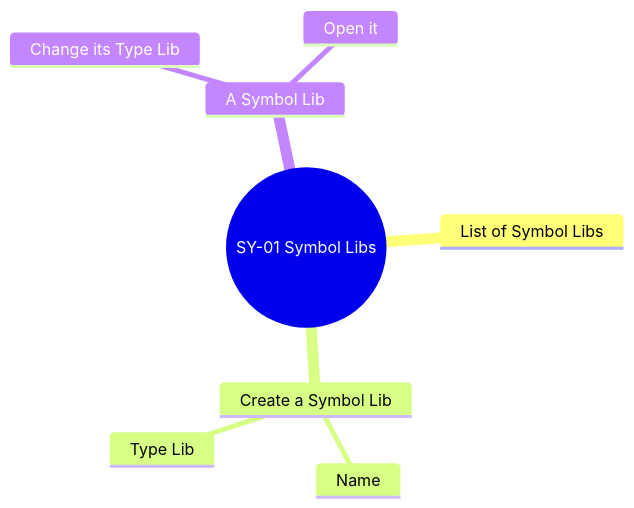
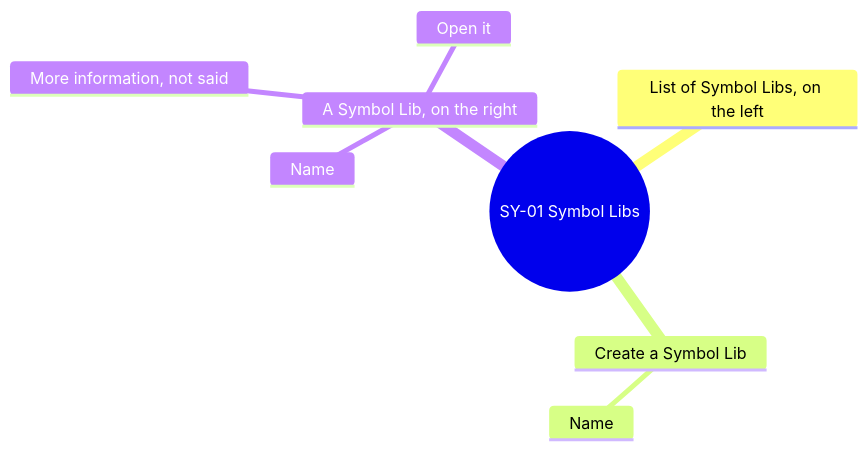
The first of 13 diagrams in screens/symbols.md (AlexandreGallais/synoptic-studio-spec), drawn with Mermaid before and after one commit. The commit also changed other lines of this file and 20 other files, not shown here.

````diff
--- a/screens/symbols.md
+++ b/screens/symbols.md
@@ -11,11 +28,11 @@
 ```mermaid
 mindmap
   root((SY-01 Symbol Libs))
-    List of Symbol Libs
+    List of Symbol Libs, on the left
     Create a Symbol Lib
       Name
-      Type Lib
-    A Symbol Lib
-      Change its Type Lib
+    A Symbol Lib, on the right
+      Name
+      More information, not said
       Open it
 ```
````
